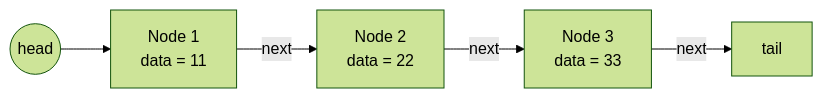
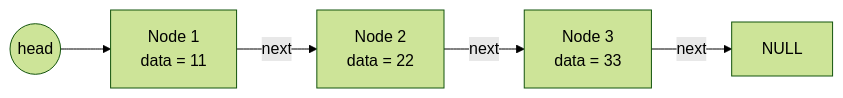
One commit to Macfa/macfa.github.io changed the diagram in content/tech/memory-data-structure/linked-list.md. Above: the diagram before and after it, drawn with Mermaid (forest theme). The commit also changed other lines of this file, not shown here.

````diff
--- a/content/tech/memory-data-structure/linked-list.md
+++ b/content/tech/memory-data-structure/linked-list.md
@@ -51,7 +55,7 @@
 ```mermaid
 flowchart LR
     HEAD((head)) --> N1["Node 1<br/>data = 11"]
     N1 -->|next| N2["Node 2<br/>data = 22"]
     N2 -->|next| N3["Node 3<br/>data = 33"]
-    N3 -->|next| END[tail]
+    N3 -->|next| END[NULL]
 ```
````
